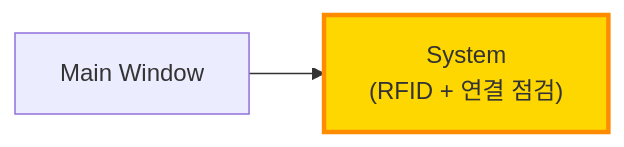
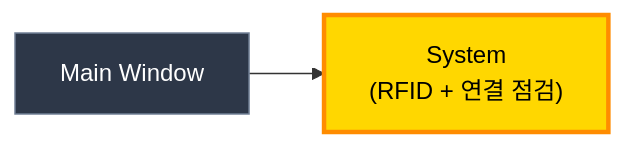
One commit to garimto81/ebs changed the third of 14 diagrams in docs/01_PokerGFX_Analysis/PRD-0004-EBS-Server-UI-Design.md. Above: the diagram before and after it, drawn with Mermaid. The commit also changed other lines of this file, not shown here.

First line of the commit message:
fix(prd-0004): Mermaid 다이어그램 색상 + 캡쳐 링크 수정

````diff
--- a/docs/01_PokerGFX_Analysis/PRD-0004-EBS-Server-UI-Design.md
+++ b/docs/01_PokerGFX_Analysis/PRD-0004-EBS-Server-UI-Design.md
@@ -249,7 +251,8 @@
 ```mermaid
 flowchart LR
+    classDef default fill:#2d3748,stroke:#718096,color:#ffffff
     MW["Main Window"]
     SYS["System<br/>(RFID + 연결 점검)"]
-    style SYS fill:#FFD700,stroke:#FF8C00,stroke-width:3px
+    style SYS fill:#FFD700,stroke:#FF8C00,stroke-width:3px,color:#000000
     MW --> SYS
 ```
````
